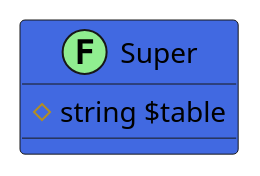
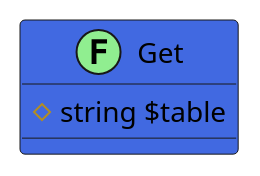
The diagram in src/39a75870-a7f7-45fd-937d-5ba97b85b8ad/README.md (joomengine/jcb-compiler), drawn with PlantUML before and after one commit. The commit also changed other lines of this file and 846 other files, not shown here.

````diff
--- a/src/39a75870-a7f7-45fd-937d-5ba97b85b8ad/README.md
+++ b/src/39a75870-a7f7-45fd-937d-5ba97b85b8ad/README.md
@@ -12,8 +13,8 @@
 ```uml
 @startuml
-class Super << (F,LightGreen) >> #RoyalBlue {
+class Get << (F,LightGreen) >> #RoyalBlue {
   # string $table
 }
  
 @enduml
 ```
````
